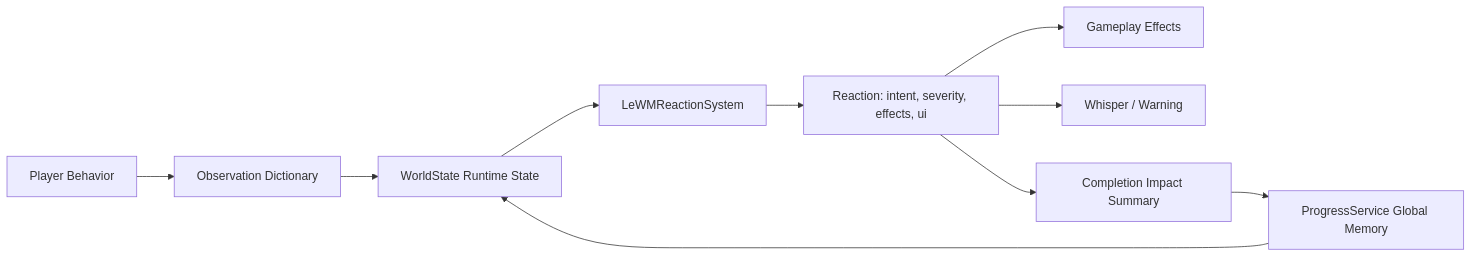
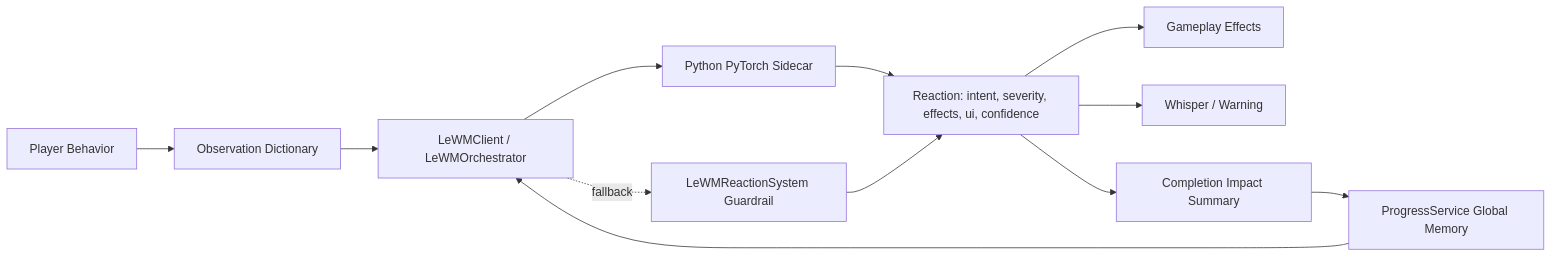
The diagram in docs/leworldmodel_application.md (kiet-ta/GiacMoCoTich), drawn with Mermaid before and after one commit. The commit also changed other lines of this file and 32 other files, not shown here.

````diff
--- a/docs/leworldmodel_application.md
+++ b/docs/leworldmodel_application.md
@@ -16,12 +18,14 @@
 ```mermaid
 flowchart LR
   A["Player Behavior"] --> B["Observation Dictionary"]
-  B --> C["WorldState Runtime State"]
-  C --> D["LeWMReactionSystem"]
-  D --> E["Reaction: intent, severity, effects, ui"]
+  B --> C["LeWMClient / LeWMOrchestrator"]
+  C --> D["Python PyTorch Sidecar"]
+  D --> E["Reaction: intent, severity, effects, ui, confidence"]
+  C -. fallback .-> J["LeWMReactionSystem Guardrail"]
+  J --> E
   E --> F["Gameplay Effects"]
   E --> G["Whisper / Warning"]
   E --> H["Completion Impact Summary"]
   H --> I["ProgressService Global Memory"]
   I --> C
 ```
````
